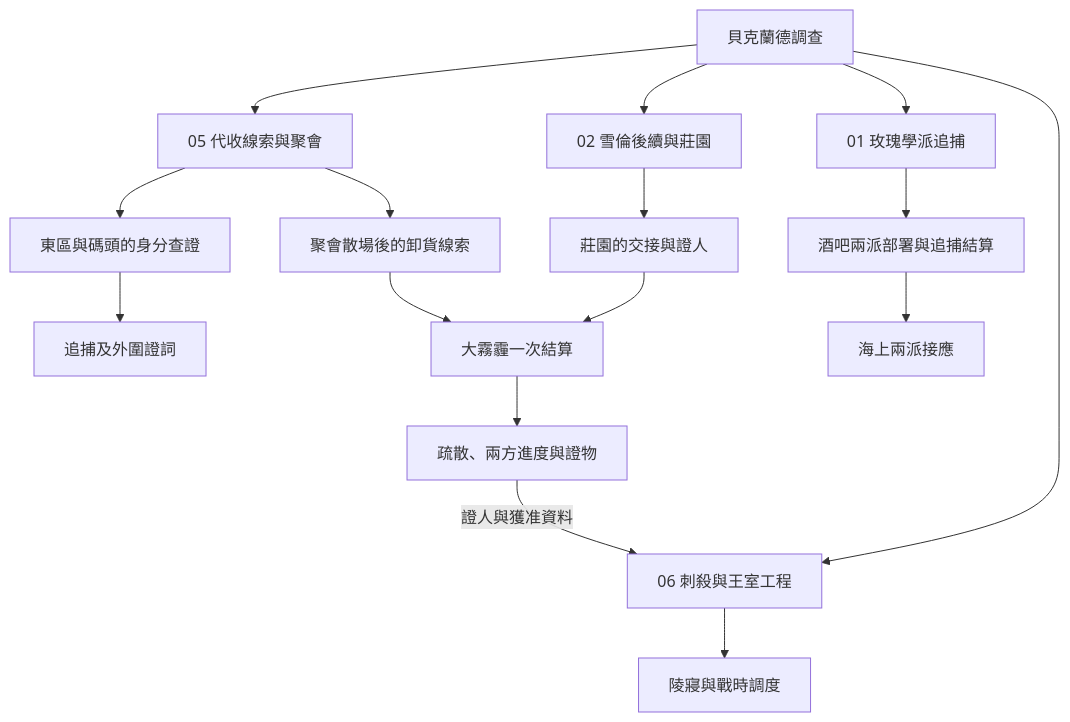
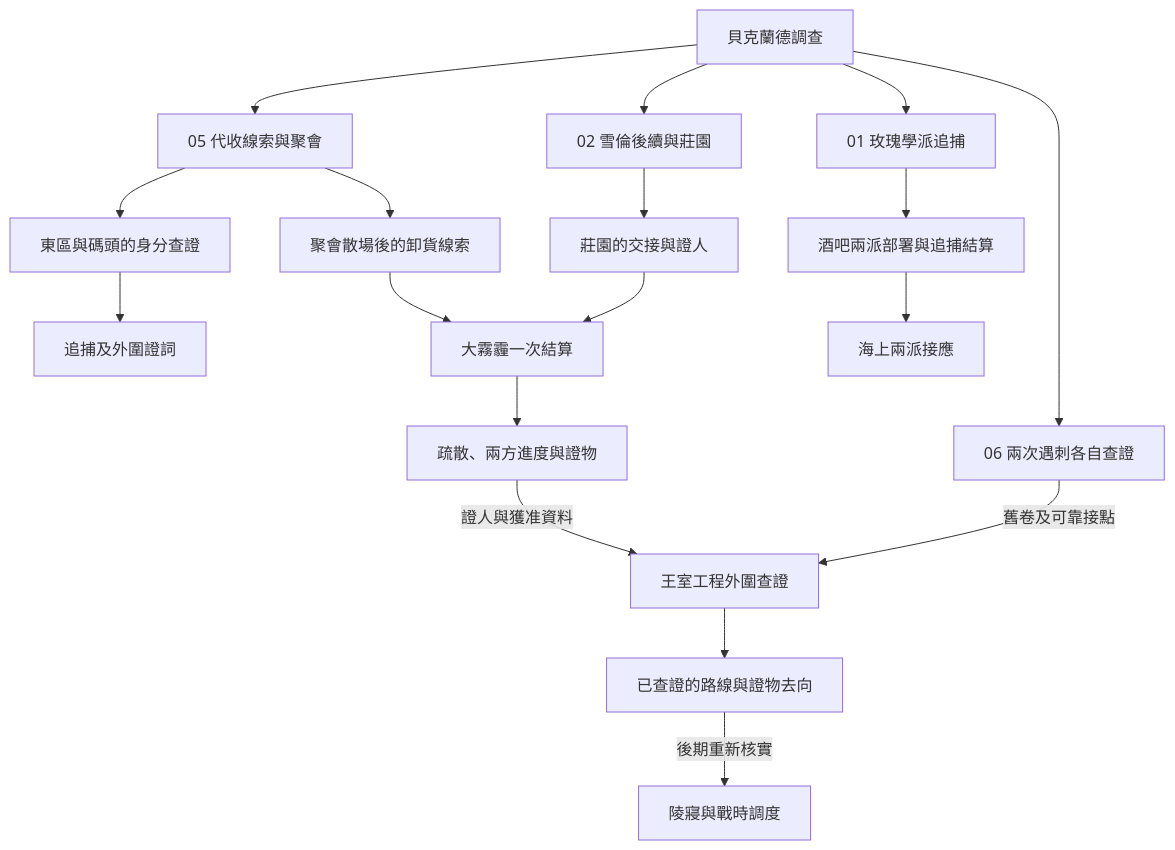
The third of 7 diagrams in game/events/part_one_story_tree.md (dragon961204-cmd/-), drawn with Mermaid before and after one commit. The commit also changed other lines of this file, not shown here.

Commit message:
串接第十批王室調查至part_one_story_tree.md

````diff
--- a/game/events/part_one_story_tree.md
+++ b/game/events/part_one_story_tree.md
@@ -49,18 +49,20 @@
 ```mermaid
 flowchart TD
     A["貝克蘭德調查"] --> B["02 雪倫後續與莊園"]
     A --> C["05 代收線索與聚會"]
     A --> D["01 玫瑰學派追捕"]
-    A --> E["06 刺殺與王室工程"]
+    A --> N["06 兩次遇刺各自查證"]
+    N -->|"舊卷及可靠接點"| E["王室工程外圍查證"]
     C --> I["東區與碼頭的身分查證"]
     I --> J["追捕及外圍證詞"]
     B --> L["莊園的交接與證人"]
     C --> M["聚會散場後的卸貨線索"]
     L --> F["大霧霾一次結算"]
     M --> F
     F --> P["疏散、兩方進度與證物"]
     P -->|"證人與獲准資料"| E
     D --> K["酒吧兩派部署與追捕結算"]
     K --> G["海上兩派接應"]
-    E --> H["陵寢與戰時調度"]
+    E --> Q["已查證的路線與證物去向"]
+    Q -->|"後期重新核實"| H["陵寢與戰時調度"]
 ```
````
